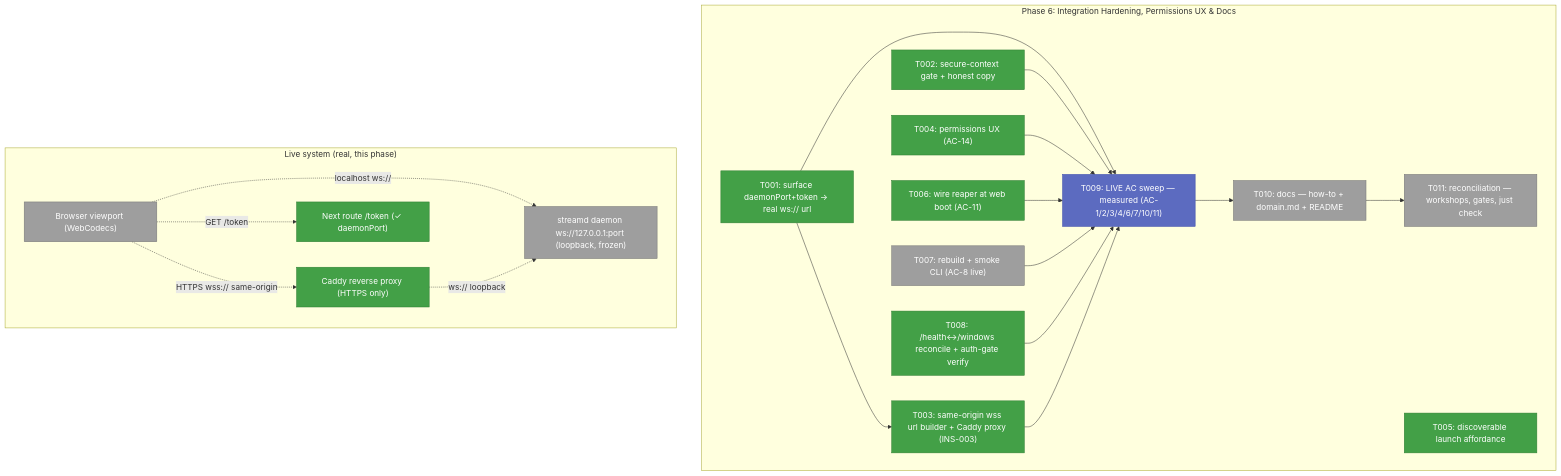
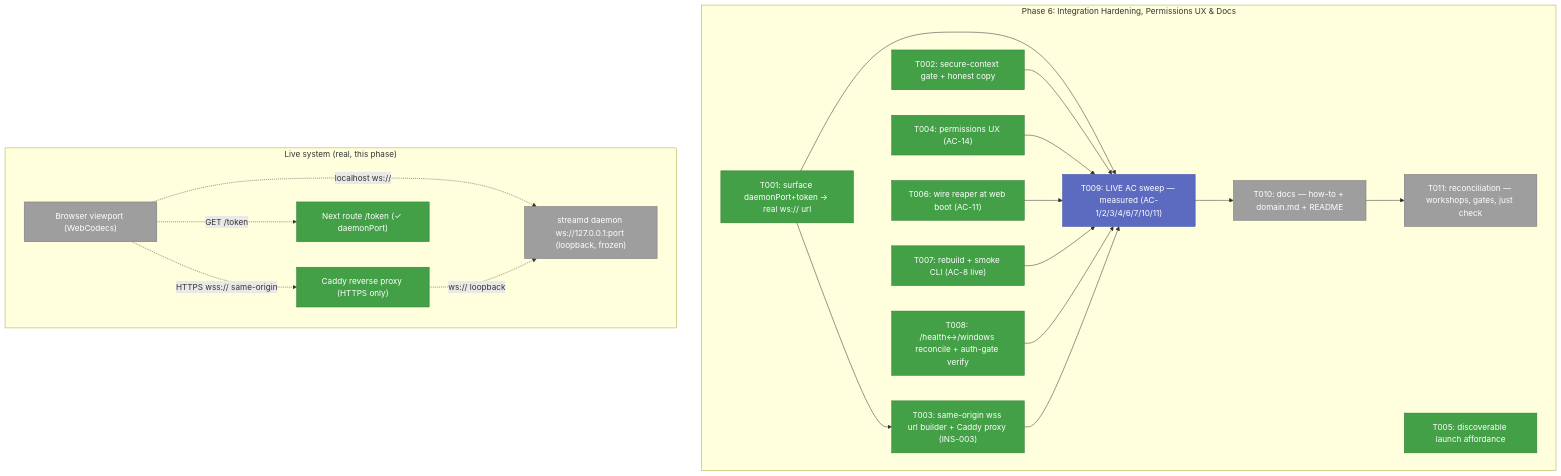
Before and after one commit to AI-Substrate/chainglass: the first of 3 diagrams in docs/plans/088-remote-app-view/tasks/phase-6-integration-hardening-permissions-ux-docs/tasks.md, drawn with Mermaid. The commit also changed other lines of this file and 1 other file, not shown here.

Commit message:
docs(remote-view): T004 companion verdict + F001 fix + T007 complete (Plan 088 Phase 6)

````diff
--- a/docs/plans/088-remote-app-view/tasks/phase-6-integration-hardening-permissions-ux-docs/tasks.md
+++ b/docs/plans/088-remote-app-view/tasks/phase-6-integration-hardening-permissions-ux-docs/tasks.md
@@ -97,42 +97,42 @@
 ```mermaid
 flowchart TD
     classDef pending fill:#9E9E9E,stroke:#757575,color:#fff
     classDef gate fill:#5C6BC0,stroke:#3949AB,color:#fff
     classDef completed fill:#43A047,stroke:#2E7D32,color:#fff
     classDef inprogress fill:#FB8C00,stroke:#EF6C00,color:#fff
 
     subgraph P6["Phase 6: Integration Hardening, Permissions UX & Docs"]
         T001["T001: surface daemonPort+token → real ws:// url"]:::completed
         T002["T002: secure-context gate + honest copy"]:::completed
         T003["T003: same-origin wss url builder + Caddy proxy (INS-003)"]:::completed
         T004["T004: permissions UX (AC-14)"]:::completed
         T005["T005: discoverable launch affordance"]:::completed
         T006["T006: wire reaper at web boot (AC-11)"]:::completed
-        T007["T007: rebuild + smoke CLI (AC-8 live)"]:::pending
+        T007["T007: rebuild + smoke CLI (AC-8 live)"]:::completed
         T008["T008: /health↔/windows reconcile + auth-gate verify"]:::completed
         T009["T009: LIVE AC sweep — measured (AC-1/2/3/4/6/7/10/11)"]:::gate
         T010["T010: docs — how-to + domain.md + README"]:::pending
         T011["T011: reconciliation — workshops, gates, just check"]:::pending
 
         T001 --> T003
         T001 --> T009
         T002 --> T009
         T004 --> T009
         T006 --> T009
         T007 --> T009
         T008 --> T009
         T003 --> T009
         T009 --> T010
         T010 --> T011
     end
 
     subgraph Live["Live system (real, this phase)"]
         BR["Browser viewport (WebCodecs)"]:::pending
         NX["Next route /token (✓ daemonPort)"]:::completed
         CX["Caddy reverse proxy (HTTPS only)"]:::completed
         DA["streamd daemon ws://127.0.0.1:port (loopback, frozen)"]:::pending
         BR -.localhost ws://.-> DA
         BR -.HTTPS wss:// same-origin.-> CX -.ws:// loopback.-> DA
         BR -.GET /token.-> NX
     end
 ```
````
